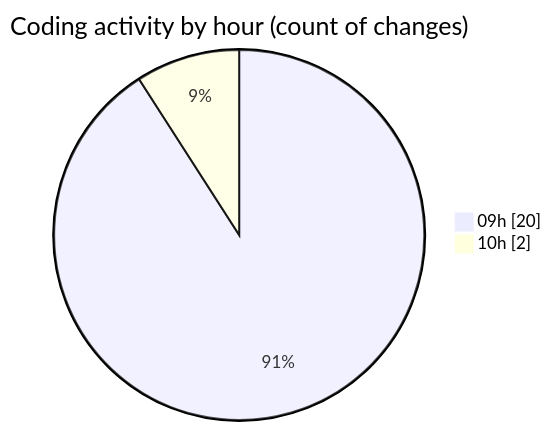
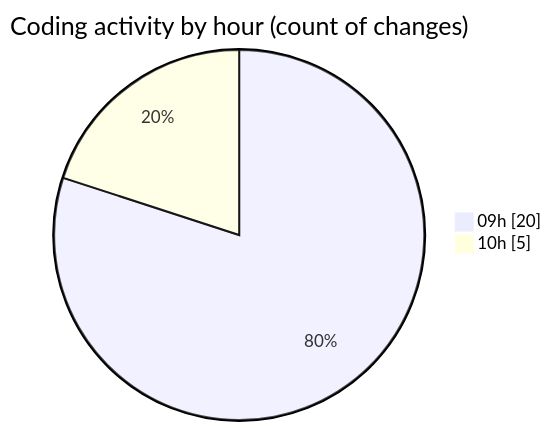
Before and after one commit to robertbonfada/code-tracking: the second of 2 diagrams in 2025-03-19/peregrino-web/README.md, drawn with Mermaid. The commit also changed other lines of this file and 1 other file, not shown here.

````diff
--- a/2025-03-19/peregrino-web/README.md
+++ b/2025-03-19/peregrino-web/README.md
@@ -32,6 +32,6 @@
 ```mermaid
 pie showData
 title Coding activity by hour (count of changes)
 "09h" : 20
-"10h" : 2
+"10h" : 5
 ```
````
